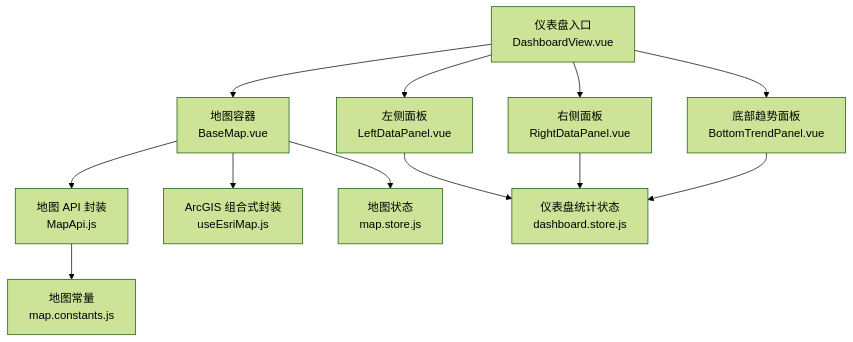
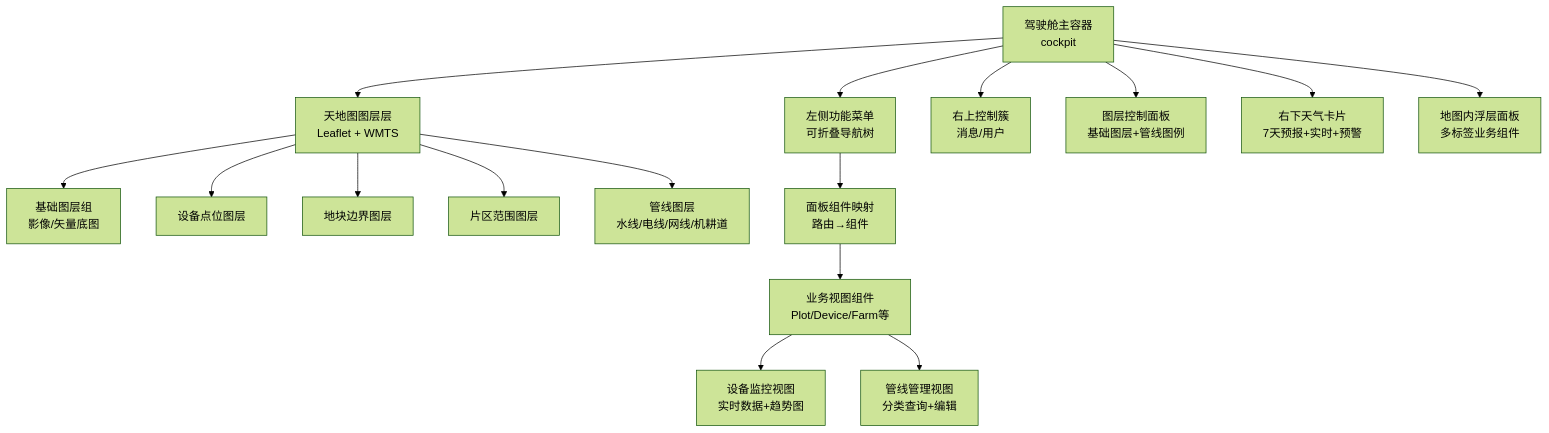
Before and after one commit to q446328246/agri-platform: the first of 3 diagrams in .qoder/repowiki/zh/content/前端应用文档/核心页面/仪表盘页面.md, drawn with Mermaid (forest theme). The commit also changed other lines of this file and 39 other files, not shown here.

````diff
--- a/.qoder/repowiki/zh/content/前端应用文档/核心页面/仪表盘页面.md
+++ b/.qoder/repowiki/zh/content/前端应用文档/核心页面/仪表盘页面.md
@@ -41,14 +55,18 @@
 ```mermaid
 graph TB
-Dashboard["仪表盘入口<br/>DashboardView.vue"] --> BaseMap["地图容器<br/>BaseMap.vue"]
-Dashboard --> LeftPanel["左侧面板<br/>LeftDataPanel.vue"]
-Dashboard --> RightPanel["右侧面板<br/>RightDataPanel.vue"]
-Dashboard --> BottomPanel["底部趋势面板<br/>BottomTrendPanel.vue"]
-BaseMap --> MapApi["地图 API 封装<br/>MapApi.js"]
-BaseMap --> useEsriMap["ArcGIS 组合式封装<br/>useEsriMap.js"]
-BaseMap --> MapStore["地图状态<br/>map.store.js"]
-LeftPanel --> DashStore["仪表盘统计状态<br/>dashboard.store.js"]
-RightPanel --> DashStore
-BottomPanel --> DashStore
-MapApi --> Constants["地图常量<br/>map.constants.js"]
+Cockpit["驾驶舱主容器<br/>cockpit"] --> MapLayer["天地图图层层<br/>Leaflet + WMTS"]
+Cockpit --> FuncMenu["左侧功能菜单<br/>可折叠导航树"]
+Cockpit --> ControlCluster["右上控制簇<br/>消息/用户"]
+Cockpit --> LayerPanel["图层控制面板<br/>基础图层+管线图例"]
+Cockpit --> WeatherCard["右下天气卡片<br/>7天预报+实时+预警"]
+Cockpit --> MapPanel["地图内浮层面板<br/>多标签业务组件"]
+MapLayer --> BaseLayers["基础图层组<br/>影像/矢量底图"]
+MapLayer --> DeviceLayer["设备点位图层"]
+MapLayer --> FieldLayer["地块边界图层"]
+MapLayer --> ZoneLayer["片区范围图层"]
+MapLayer --> LineLayers["管线图层<br/>水线/电线/网线/机耕道"]
+FuncMenu --> PanelComps["面板组件映射<br/>路由→组件"]
+PanelComps --> BusinessViews["业务视图组件<br/>Plot/Device/Farm等"]
+BusinessViews --> MonitorView["设备监控视图<br/>实时数据+趋势图"]
+BusinessViews --> InfraLineView["管线管理视图<br/>分类查询+编辑"]
 ```
````
